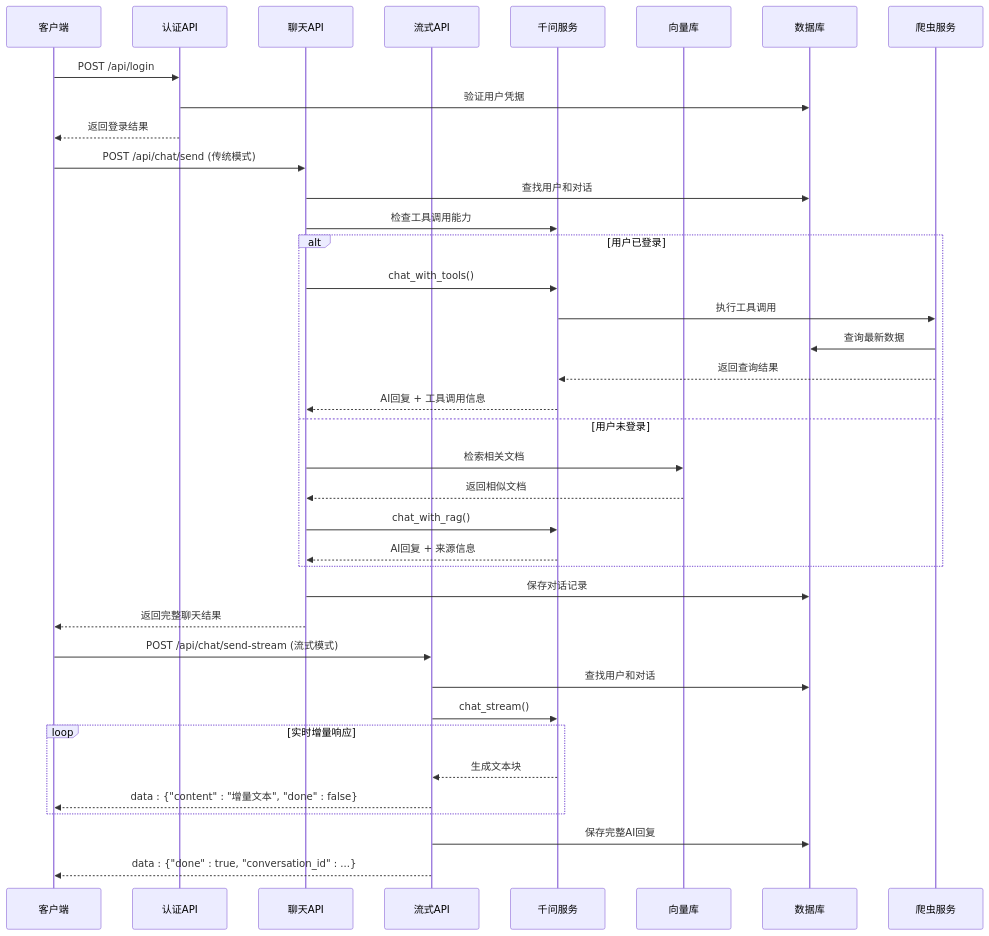
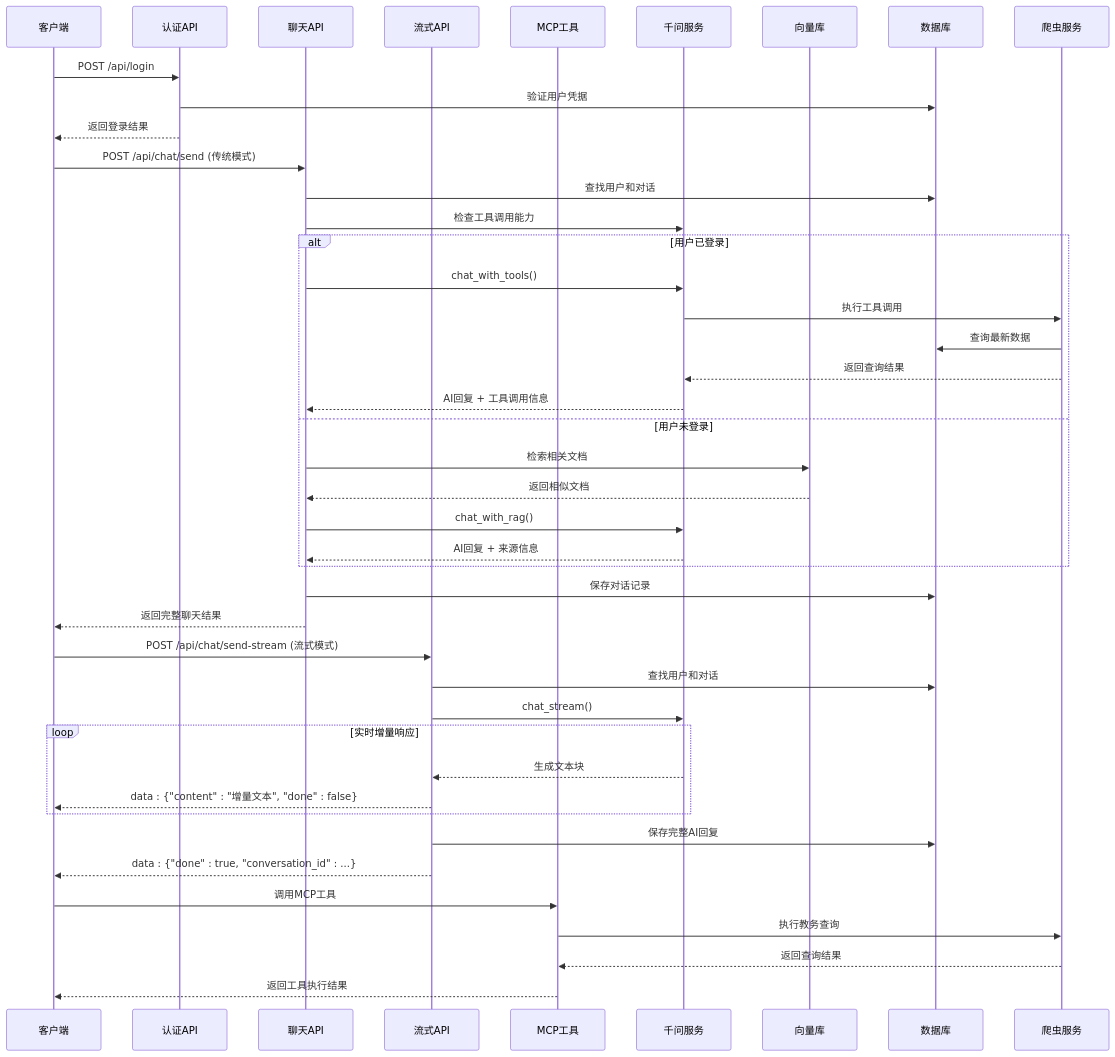
One commit to ghbbn053-ship-itsoulddog/soulddog changed the second of 10 diagrams in .qoder/repowiki/zh/content/后端API文档/聊天API增强.md. Above: the diagram before and after it, drawn with Mermaid. The commit also changed other lines of this file and 10 other files, not shown here.

````diff
--- a/.qoder/repowiki/zh/content/后端API文档/聊天API增强.md
+++ b/.qoder/repowiki/zh/content/后端API文档/聊天API增强.md
@@ -148,40 +178,45 @@
 ```mermaid
 sequenceDiagram
 participant Client as 客户端
 participant Auth as 认证API
 participant API as 聊天API
 participant StreamAPI as 流式API
+participant MCP as MCP工具
 participant Qwen as 千问服务
 participant Vector as 向量库
 participant DB as 数据库
 participant Scraper as 爬虫服务
 Client->>Auth : POST /api/login
 Auth->>DB : 验证用户凭据
 Auth-->>Client : 返回登录结果
 Client->>API : POST /api/chat/send (传统模式)
 API->>DB : 查找用户和对话
 API->>Qwen : 检查工具调用能力
 alt 用户已登录
 API->>Qwen : chat_with_tools()
 Qwen->>Scraper : 执行工具调用
 Scraper->>DB : 查询最新数据
 Scraper-->>Qwen : 返回查询结果
 Qwen-->>API : AI回复 + 工具调用信息
 else 用户未登录
 API->>Vector : 检索相关文档
 Vector-->>API : 返回相似文档
 API->>Qwen : chat_with_rag()
 Qwen-->>API : AI回复 + 来源信息
 end
 API->>DB : 保存对话记录
 API-->>Client : 返回完整聊天结果
 Client->>StreamAPI : POST /api/chat/send-stream (流式模式)
 StreamAPI->>DB : 查找用户和对话
 StreamAPI->>Qwen : chat_stream()
 loop 实时增量响应
 Qwen-->>StreamAPI : 生成文本块
 StreamAPI-->>Client : data : {"content" : "增量文本", "done" : false}
 end
 StreamAPI->>DB : 保存完整AI回复
 StreamAPI-->>Client : data : {"done" : true, "conversation_id" : ...}
+Client->>MCP : 调用MCP工具
+MCP->>Scraper : 执行教务查询
+Scraper-->>MCP : 返回查询结果
+MCP-->>Client : 返回工具执行结果
 ```
````
